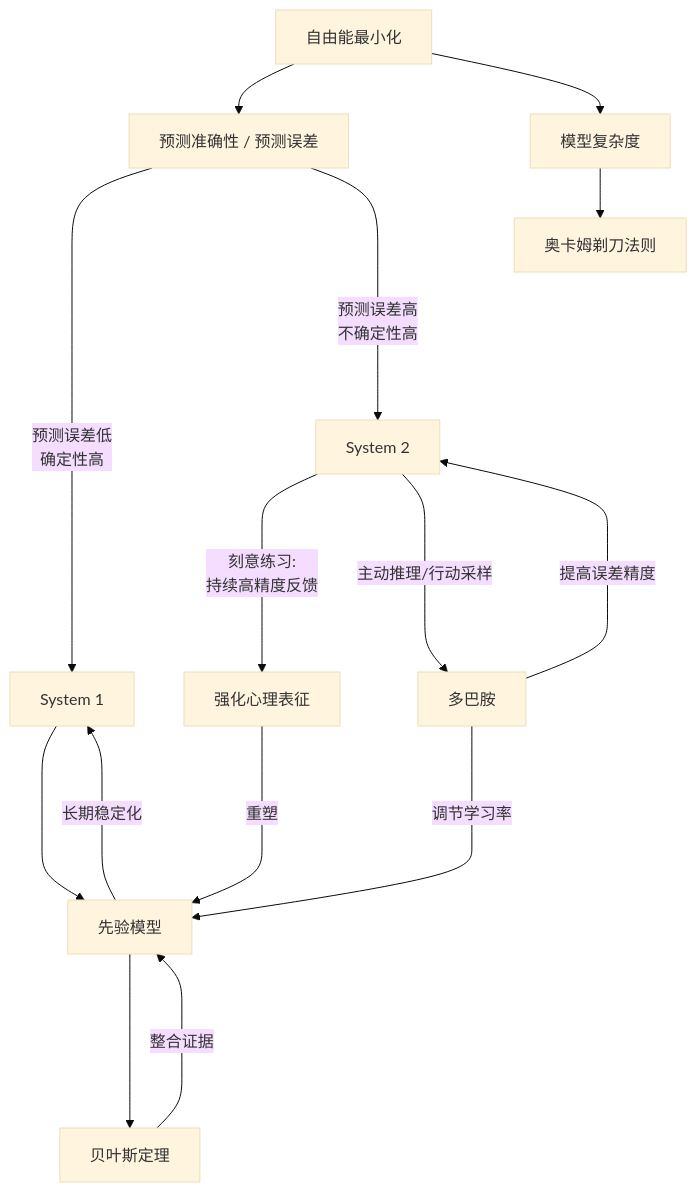
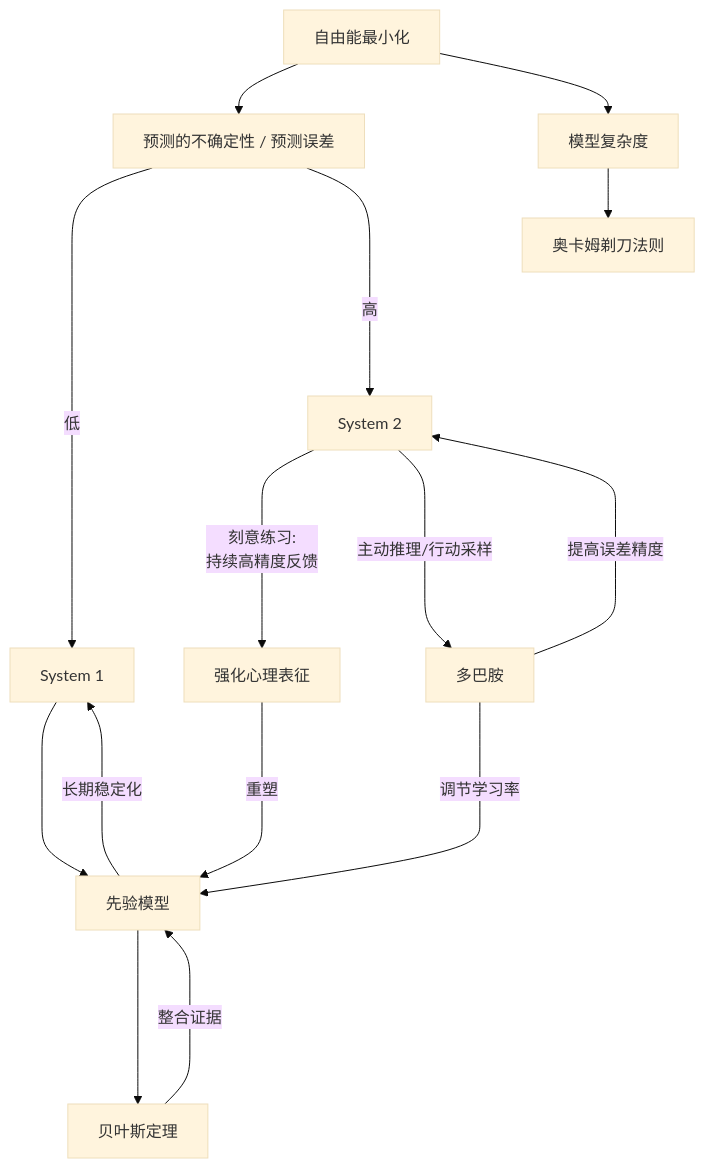
The diagram in docs/atom-26-04.md (El25Aleph/_Aleph), drawn with Mermaid before and after one commit. The commit also changed other lines of this file, not shown here.

````diff
--- a/docs/atom-26-04.md
+++ b/docs/atom-26-04.md
@@ -159,38 +159,38 @@
 ```mermaid
 ---
 config:
   theme: base
   look: classic
 ---
 graph TD
 
 %% 顶层约束
-A[自由能最小化] --> B[预测准确性 / 预测误差]
+A[自由能最小化] --> B[预测的不确定性 / 预测误差]
 A --> C[模型复杂度]
 
 C --> D[奥卡姆剃刀法则]
 
 %% 系统 1 路径（高确定性 / 低精度更新）
-B ---->|预测误差低<br/>确定性高| E[System 1]
+B ---->|低| E[System 1]
 E ----> F[先验模型]
 F ----> G[贝叶斯定理]
 G ---->|整合证据| F
 
 %% 系统 2 路径（低确定性 / 高精度更新）
-B ---->|预测误差高<br/>不确定性高| H[System 2]
+B ---->|高| H[System 2]
 %% H --> I[主动推理 / 行动采样]
 
 %% 精度调节
 
 J ---->|提高误差精度| H
 J ---->|调节学习率| F
 H ---->|刻意练习: </br>持续高精度反馈| L[强化心理表征]
 H ---->|主动推理/行动采样| J[多巴胺]
 
 %% 刻意练习路径
 %% H --> K[刻意练习]
 %% H--> J
 
 L ---->|重塑| F
 F ---->|长期稳定化| E
 ```
````
